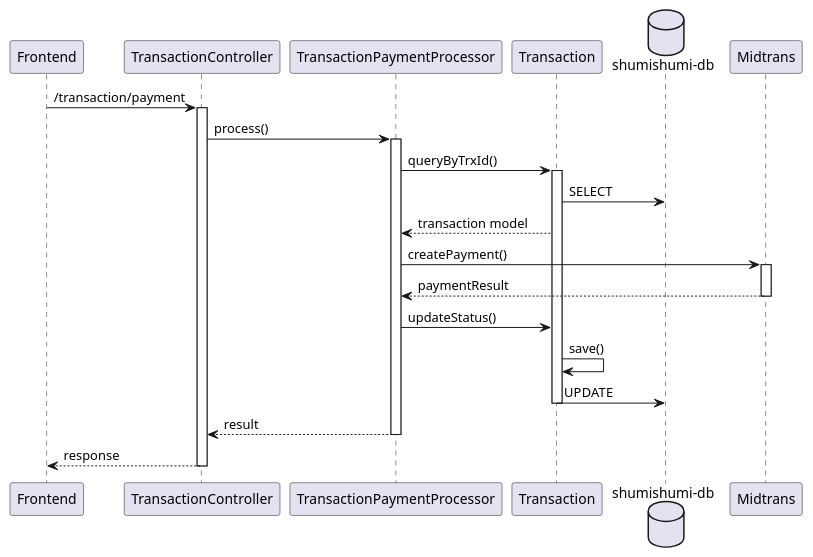
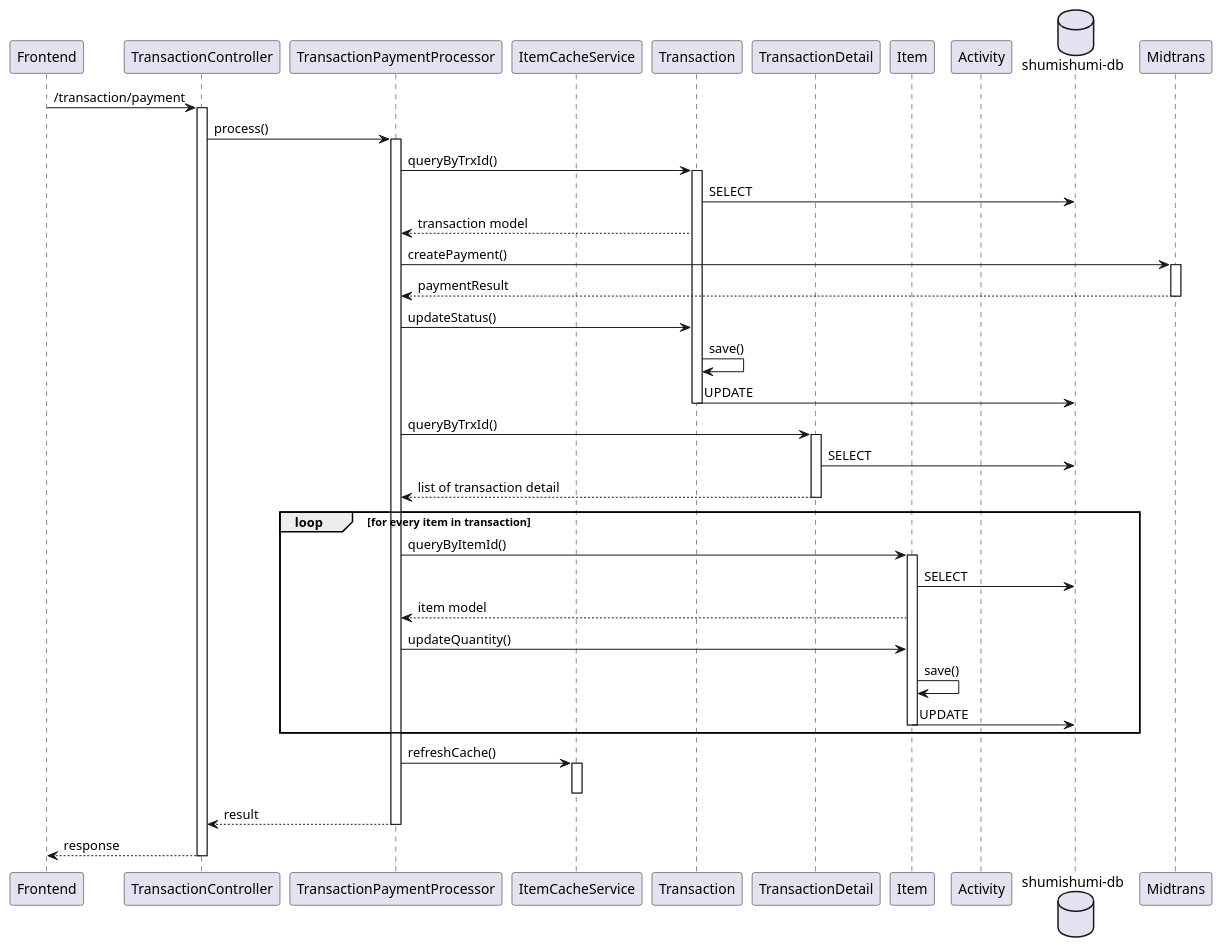
Before and after one commit to aldihsuhandi/skripsi-2023: the diagram in uml diagram/sequence diagram/BE/transaction controller/payment.pu, drawn with PlantUML.

Commit message:
fix transaction payment

```diff
--- a/uml diagram/sequence diagram/BE/transaction controller/payment.pu
+++ b/uml diagram/sequence diagram/BE/transaction controller/payment.pu
@@ -1,31 +1,56 @@
 @startuml payment
 participant "Frontend" as fe
 participant "TransactionController" as tc
 
 participant "TransactionPaymentProcessor" as proc
 
+participant "ItemCacheService" as icache
+
 participant "Transaction" as tm
+participant "TransactionDetail" as tdm
+
+participant "Item" as im
+participant "Activity" as am
 
 database "shumishumi-db" as db
 
 participant "Midtrans" as mt
 
 fe -> tc++ : /transaction/payment
 tc -> proc++ : process()
 
 proc -> tm++ : queryByTrxId()
 tm -> db : SELECT
 proc <-- tm : transaction model
 
 proc -> mt++ : createPayment()
 return paymentResult
 
 proc -> tm : updateStatus()
 tm -> tm : save()
 tm -> db : UPDATE
 deactivate tm
 
+proc -> tdm++ : queryByTrxId()
+tdm -> db : SELECT
+return list of transaction detail
+
+loop for every item in transaction
+    proc -> im++ : queryByItemId()
+    im -> db : SELECT
+    proc <-- im : item model
+
+    proc -> im : updateQuantity()
+    im -> im : save()
+    im -> db : UPDATE
+    deactivate im
+
+end
+
+proc -> icache++ : refreshCache()
+deactivate icache
+
 return result
 return response
 
 @enduml
```
